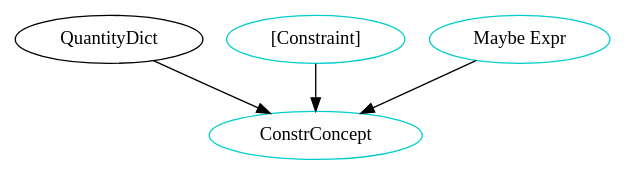
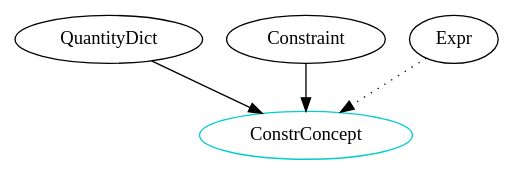
One commit to JacquesCarette/Drasil changed the diagram in People/Anthony/Type_Dependency_Graphs/JoinedTypes/June_18_2021/ConstrConcept.dot. Above: the diagram before and after it, drawn with Graphviz. The commit also changed 20 other files, not shown here.

```diff
--- a/People/Anthony/Type_Dependency_Graphs/JoinedTypes/June_18_2021/ConstrConcept.dot
+++ b/People/Anthony/Type_Dependency_Graphs/JoinedTypes/June_18_2021/ConstrConcept.dot
@@ -1,14 +1,14 @@
 digraph constrconcept {
 	/* relationships between independent and dependent components */
 	QuantityDict -> ConstrConcept;
-    ConstrConceptConstraints -> ConstrConcept;
-    ConstrConceptMaybeExpr -> ConstrConcept;
+    Constraint -> ConstrConcept;
+    Expr -> ConstrConcept [style="dotted"];
     
 	/* definitions for each type component */
 	ConstrConcept 	    [shape=oval, color=cyan3, label="ConstrConcept"];
-    ConstrConceptConstraints    [shape=oval, color=cyan3, label="[Constraint]"];
-    ConstrConceptMaybeExpr  [shape=oval, color=cyan3, label="Maybe Expr"];
+    //ConstrConceptConstraints    [shape=oval, color=cyan3, label="[Constraint]"];
+    //ConstrConceptMaybeExpr  [shape=oval, color=cyan3, label="Maybe Expr"];
 
 }
 
 /* dot -Tpng sample.dot -o sample.png */
```
